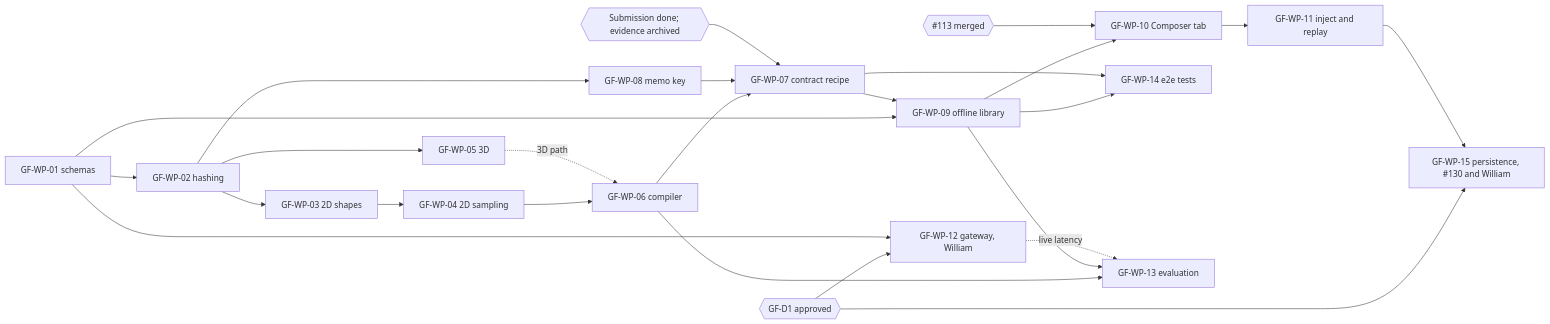
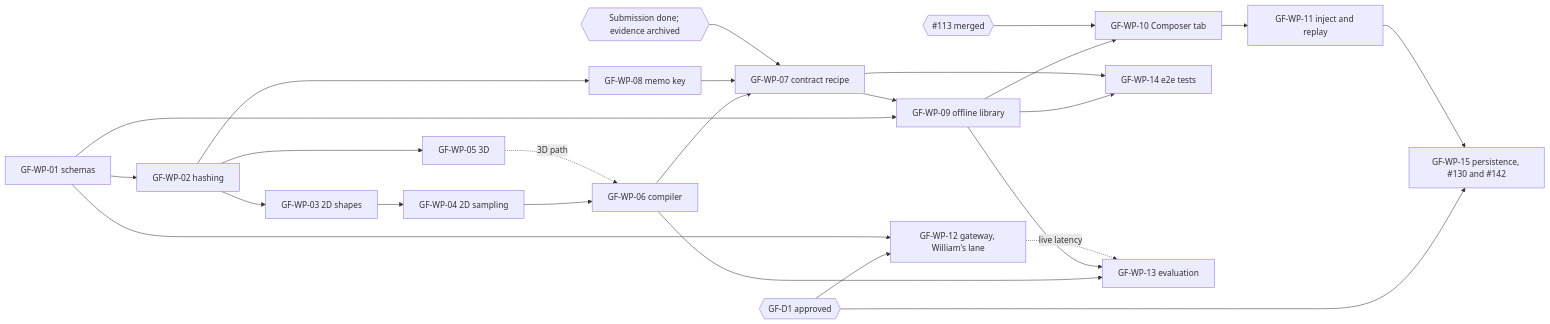
Before and after one commit to durhacko/Pihh: the diagram in docs/planning/gemini-integration-work-packages.md, drawn with Mermaid. The commit also changed other lines of this file and 2 other files, not shown here.

````diff
--- a/docs/planning/gemini-integration-work-packages.md
+++ b/docs/planning/gemini-integration-work-packages.md
@@ -474,28 +503,28 @@
 ```mermaid
 flowchart LR
   D1{{GF-D1 approved}}
   SUB{{Submission done; evidence archived}}
   WP01[GF-WP-01 schemas] --> WP02[GF-WP-02 hashing]
   WP02 --> WP03[GF-WP-03 2D shapes] --> WP04[GF-WP-04 2D sampling]
   WP02 --> WP05[GF-WP-05 3D]
   WP04 --> WP06[GF-WP-06 compiler]
   WP05 -. 3D path .-> WP06
   WP02 --> WP08[GF-WP-08 memo key]
   WP06 --> WP07[GF-WP-07 contract recipe]
   WP08 --> WP07
   SUB --> WP07
   WP01 --> WP09[GF-WP-09 offline library]
   WP07 --> WP09
   WP09 --> WP10[GF-WP-10 Composer tab]
   B113{{#113 merged}} --> WP10
   WP10 --> WP11[GF-WP-11 inject and replay]
   WP09 --> WP14[GF-WP-14 e2e tests]
   WP07 --> WP14
   WP06 --> WP13[GF-WP-13 evaluation]
   WP09 --> WP13
-  D1 --> WP12[GF-WP-12 gateway, William]
+  D1 --> WP12[GF-WP-12 gateway, William's lane]
   WP01 --> WP12
   WP12 -. live latency .-> WP13
-  D1 --> WP15[GF-WP-15 persistence, #130 and William]
+  D1 --> WP15[GF-WP-15 persistence, #130 and #142]
   WP11 --> WP15
 ```
````
